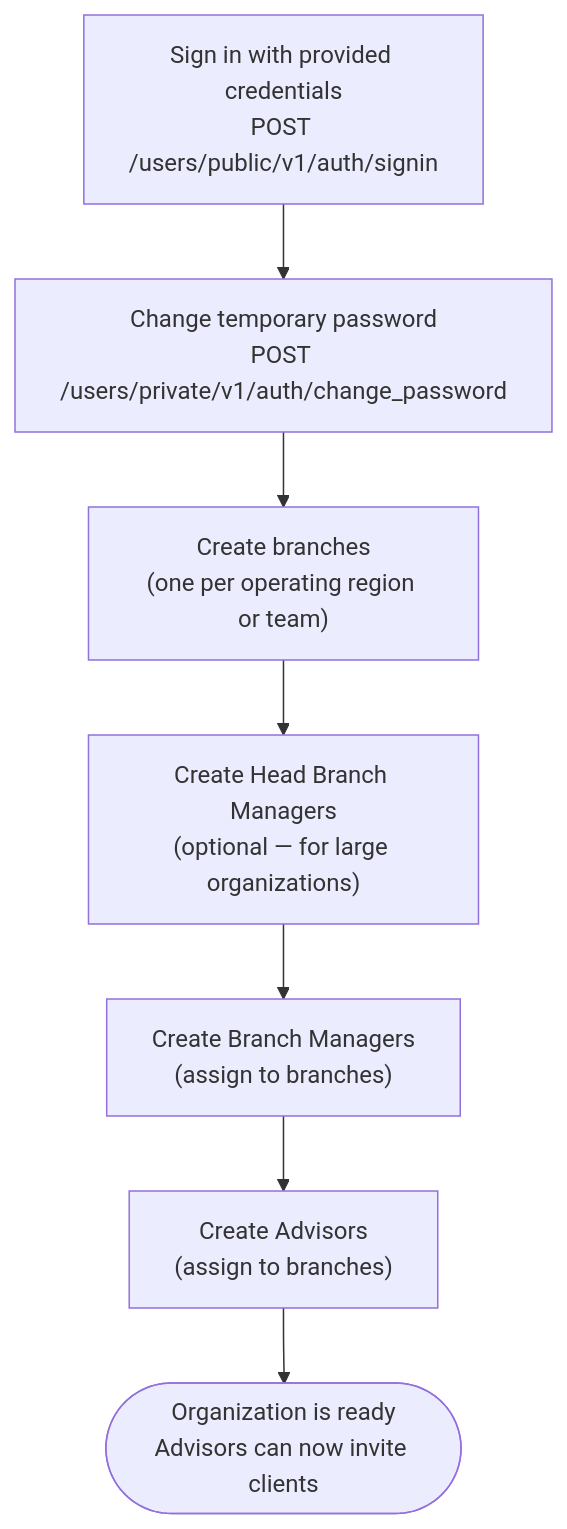
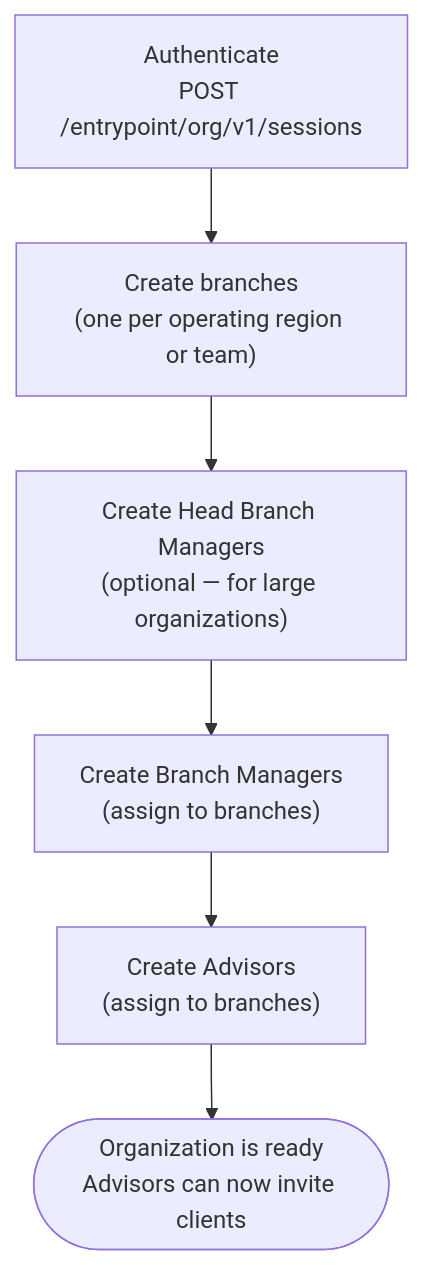
The diagram in docs/Getting Started/administration/root-advisor.md (skhan-cpu/readme-paid), drawn with Mermaid before and after one commit. The commit also changed 1 other file, not shown here.

Commit message:
Fix session endpoint visibiltiy issue

````diff
--- a/docs/Getting Started/administration/root-advisor.md
+++ b/docs/Getting Started/administration/root-advisor.md
@@ -26,12 +26,11 @@
 ```mermaid
 flowchart TD
-    A["Sign in with provided credentials\nPOST /users/public/v1/auth/signin"]
-    B["Change temporary password\nPOST /users/private/v1/auth/change_password"]
+    A["Authenticate\nPOST /entrypoint/org/v1/sessions"]
     C["Create branches\n(one per operating region or team)"]
     D["Create Head Branch Managers\n(optional — for large organizations)"]
     E["Create Branch Managers\n(assign to branches)"]
     F["Create Advisors\n(assign to branches)"]
     G(["Organization is ready\nAdvisors can now invite clients"])
 
-    A --> B --> C --> D --> E --> F --> G
+    A --> C --> D --> E --> F --> G
 ```
````
